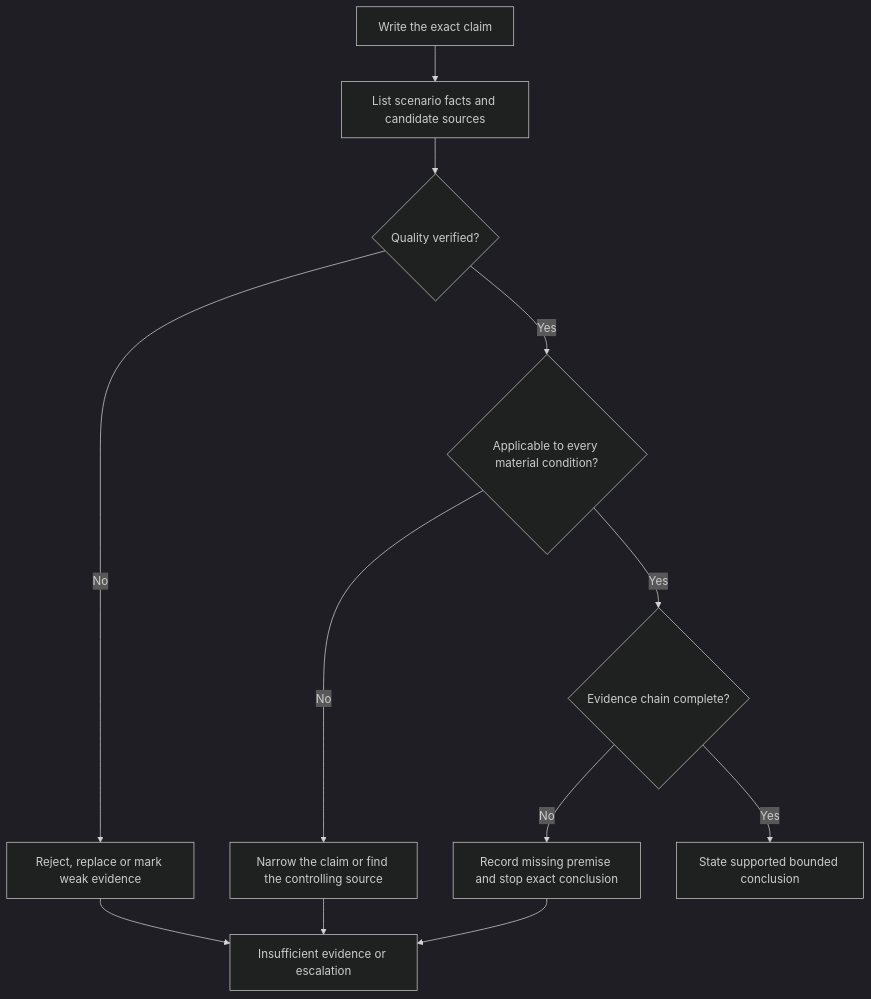
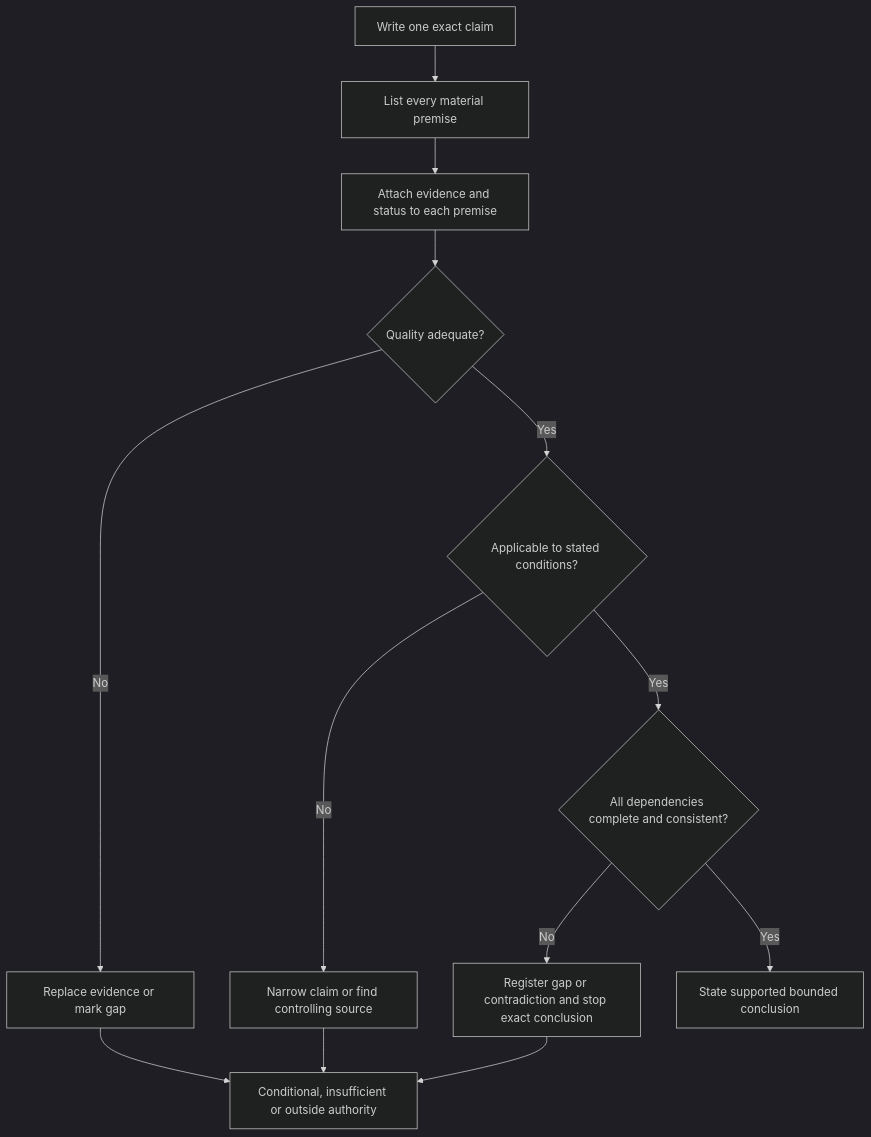
Before and after one commit to andrew3stedall/capstone: the first of 2 diagrams in docs/learning-plans/12-week/modules/day-06-evidence-quality-applicability-and-completeness-workshop.md, drawn with Mermaid (dark theme). The commit also changed other lines of this file, not shown here.

Commit message:
Improve Day 6 evidence assessment quality

````diff
--- a/docs/learning-plans/12-week/modules/day-06-evidence-quality-applicability-and-completeness-workshop.md
+++ b/docs/learning-plans/12-week/modules/day-06-evidence-quality-applicability-and-completeness-workshop.md
@@ -164,14 +150,15 @@
 ```mermaid
 flowchart TD
-    A["Write the exact claim"] --> B["List scenario facts and candidate sources"]
-    B --> C{"Quality verified?"}
-    C -->|"No"| D["Reject, replace or mark weak evidence"]
-    C -->|"Yes"| E{"Applicable to every material condition?"}
-    E -->|"No"| F["Narrow the claim or find the controlling source"]
-    E -->|"Yes"| G{"Evidence chain complete?"}
-    G -->|"No"| H["Record missing premise and stop exact conclusion"]
-    G -->|"Yes"| I["State supported bounded conclusion"]
-    D --> J["Insufficient evidence or escalation"]
-    F --> J
-    H --> J
+    A["Write one exact claim"] --> B["List every material premise"]
+    B --> C["Attach evidence and status to each premise"]
+    C --> D{"Quality adequate?"}
+    D -->|"No"| X["Replace evidence or mark gap"]
+    D -->|"Yes"| E{"Applicable to stated conditions?"}
+    E -->|"No"| Y["Narrow claim or find controlling source"]
+    E -->|"Yes"| F{"All dependencies complete and consistent?"}
+    F -->|"No"| Z["Register gap or contradiction and stop exact conclusion"]
+    F -->|"Yes"| G["State supported bounded conclusion"]
+    X --> H["Conditional, insufficient or outside authority"]
+    Y --> H
+    Z --> H
 ```
````
